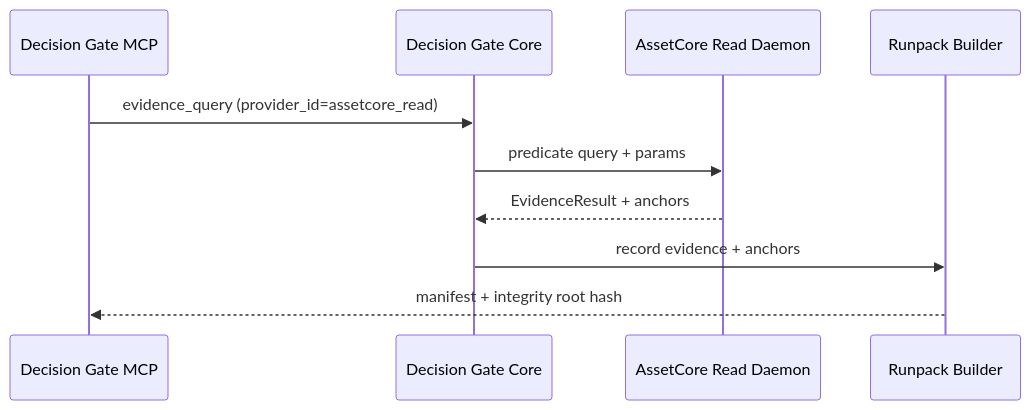
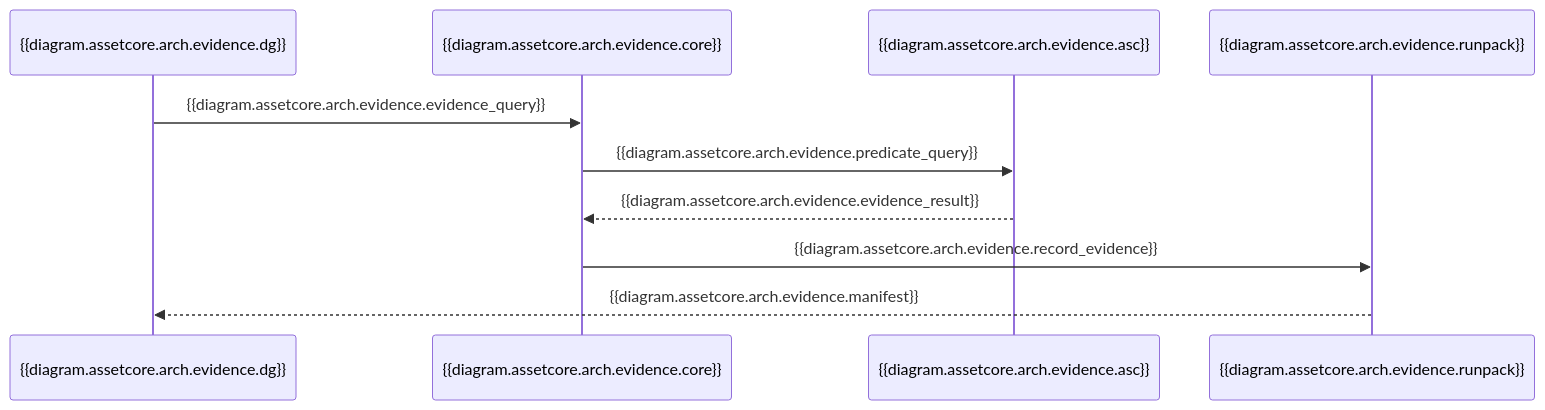
One commit to DaRealYungBidness/decision-gate changed the third of 3 diagrams in Docs/integrations/assetcore/architecture.md. Above: the diagram before and after it, drawn with Mermaid. The commit also changed other lines of this file and 119 other files, not shown here.

````diff
--- a/Docs/integrations/assetcore/architecture.md
+++ b/Docs/integrations/assetcore/architecture.md
@@ -41,13 +43,14 @@
 ```mermaid
+%% alt: {{diagram.assetcore.arch.evidence.alt}}
 sequenceDiagram
-  participant DG as Decision Gate MCP
-  participant Core as Decision Gate Core
-  participant ASC as AssetCore Read Daemon
-  participant Runpack as Runpack Builder
+  participant DG as {{diagram.assetcore.arch.evidence.dg}}
+  participant Core as {{diagram.assetcore.arch.evidence.core}}
+  participant ASC as {{diagram.assetcore.arch.evidence.asc}}
+  participant Runpack as {{diagram.assetcore.arch.evidence.runpack}}
 
-  DG->>Core: evidence_query (provider_id=assetcore_read)
-  Core->>ASC: predicate query + params
-  ASC-->>Core: EvidenceResult + anchors
-  Core->>Runpack: record evidence + anchors
-  Runpack-->>DG: manifest + integrity root hash
+  DG->>Core: {{diagram.assetcore.arch.evidence.evidence_query}}
+  Core->>ASC: {{diagram.assetcore.arch.evidence.predicate_query}}
+  ASC-->>Core: {{diagram.assetcore.arch.evidence.evidence_result}}
+  Core->>Runpack: {{diagram.assetcore.arch.evidence.record_evidence}}
+  Runpack-->>DG: {{diagram.assetcore.arch.evidence.manifest}}
 ```
````
